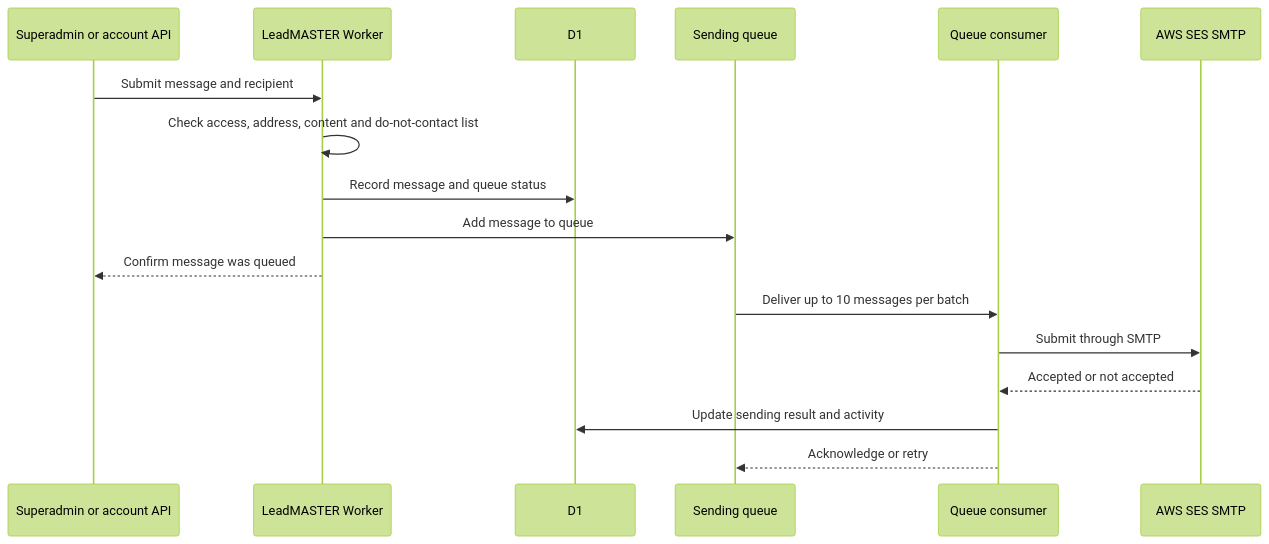
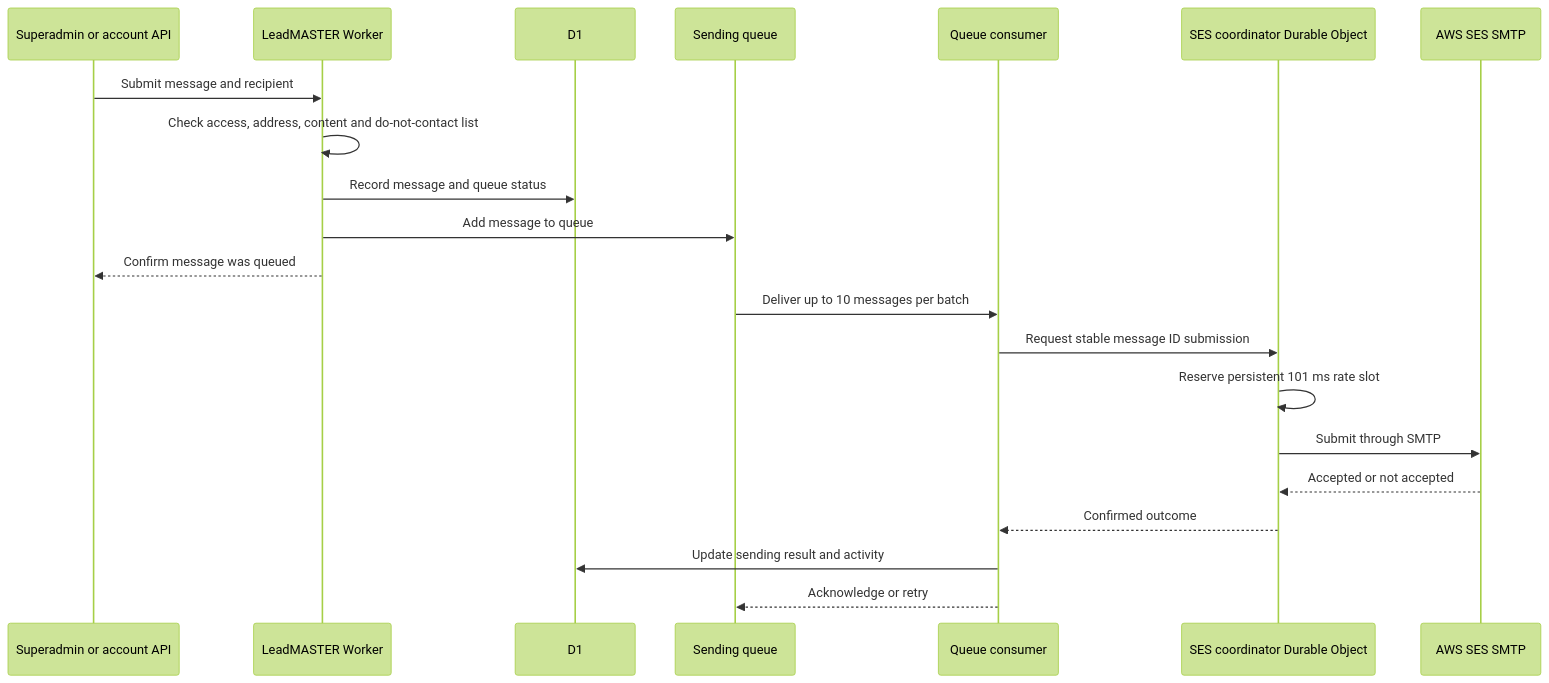
One commit to DevJel/LeadMASTER changed the second of 4 diagrams in docs/MAIL_WORKFLOW.md. Above: the diagram before and after it, drawn with Mermaid (forest theme). The commit also changed other lines of this file, not shown here.

Commit message:
Update mail workflow for shared SES rate coordination

```diff
--- a/docs/MAIL_WORKFLOW.md
+++ b/docs/MAIL_WORKFLOW.md
@@ -51,19 +52,23 @@
 ~~~mermaid
 sequenceDiagram
   participant U as Superadmin or account API
   participant W as LeadMASTER Worker
   participant D as D1
   participant Q as Sending queue
   participant C as Queue consumer
+  participant R as SES coordinator Durable Object
   participant S as AWS SES SMTP
   U->>W: Submit message and recipient
   W->>W: Check access, address, content and do-not-contact list
   W->>D: Record message and queue status
   W->>Q: Add message to queue
   W-->>U: Confirm message was queued
   Q->>C: Deliver up to 10 messages per batch
-  C->>S: Submit through SMTP
-  S-->>C: Accepted or not accepted
+  C->>R: Request stable message ID submission
+  R->>R: Reserve persistent 101 ms rate slot
+  R->>S: Submit through SMTP
+  S-->>R: Accepted or not accepted
+  R-->>C: Confirmed outcome
   C->>D: Update sending result and activity
   C-->>Q: Acknowledge or retry
 ~~~
```
